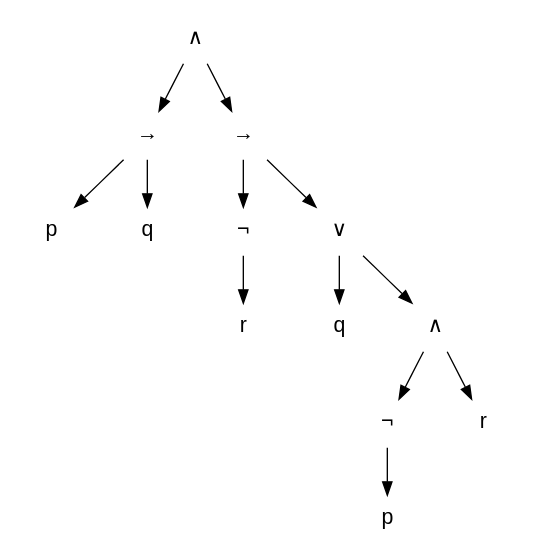
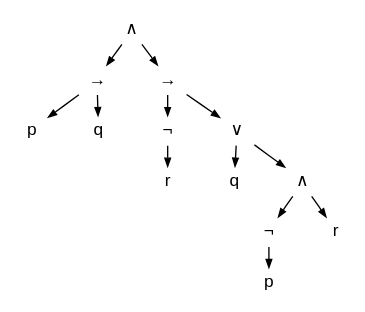
One commit to GoncaloAS/FCUP_1S_3A changed the diagram in Logica/figuras/arvore_1_3e.dot. Above: the diagram before and after it, drawn with Graphviz. The commit also changed 58 other files, not shown here.

Commit message:
new architecture for token usage reduction

```diff
--- a/Logica/figuras/arvore_1_3e.dot
+++ b/Logica/figuras/arvore_1_3e.dot
@@ -1,23 +1,25 @@
 digraph G {
-  rankdir=TB; node [shape=plaintext, fontname="Helvetica", fontsize=16];
+  rankdir=TB; ranksep=0.22; nodesep=0.35; margin=0; pad=0.05;
+  node [shape=plaintext, fontname="Helvetica", fontsize=13, height=0.25, width=0.25];
+  edge [arrowsize=0.6];
   Whole [label="∧"];
   L [label="→"];
   p1 [label="p"];
   q1 [label="q"];
   M [label="→"];
   negr [label="¬"];
   r1 [label="r"];
   M2 [label="∨"];
   q2 [label="q"];
   M1 [label="∧"];
   negp [label="¬"];
   p2 [label="p"];
   r2 [label="r"];
   Whole -> L; Whole -> M;
   L -> p1; L -> q1;
   M -> negr; M -> M2;
   negr -> r1;
   M2 -> q2; M2 -> M1;
   M1 -> negp; M1 -> r2;
   negp -> p2;
 }
```
